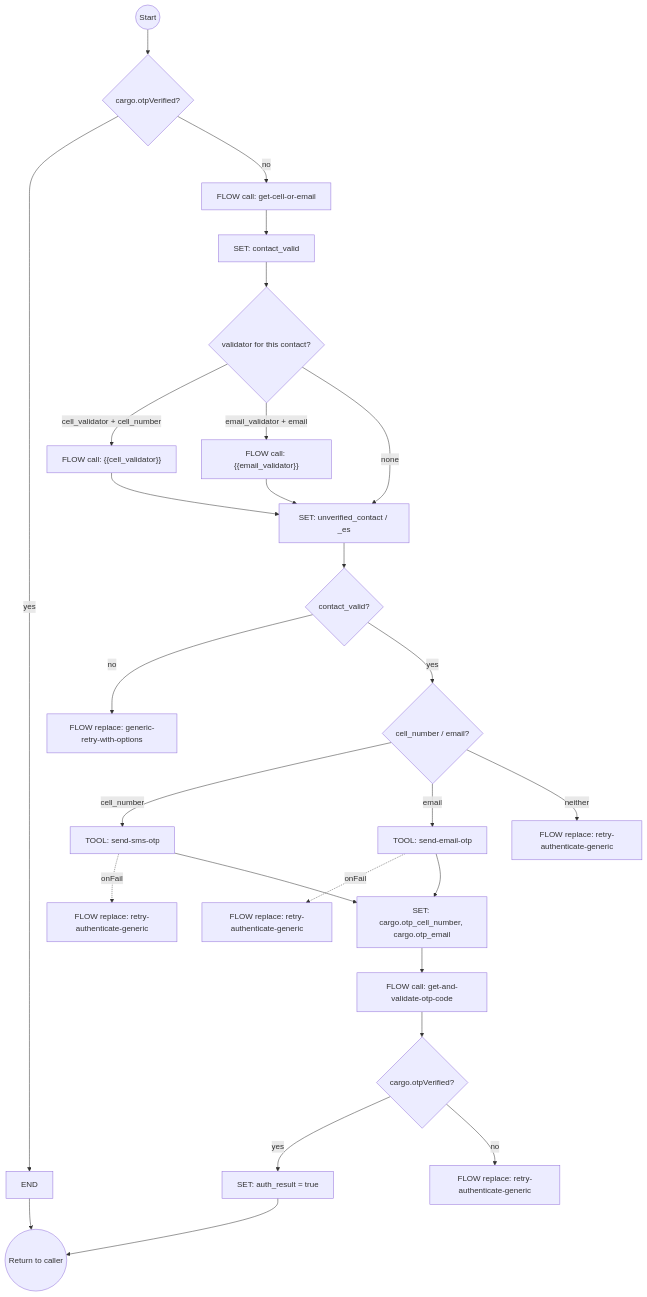
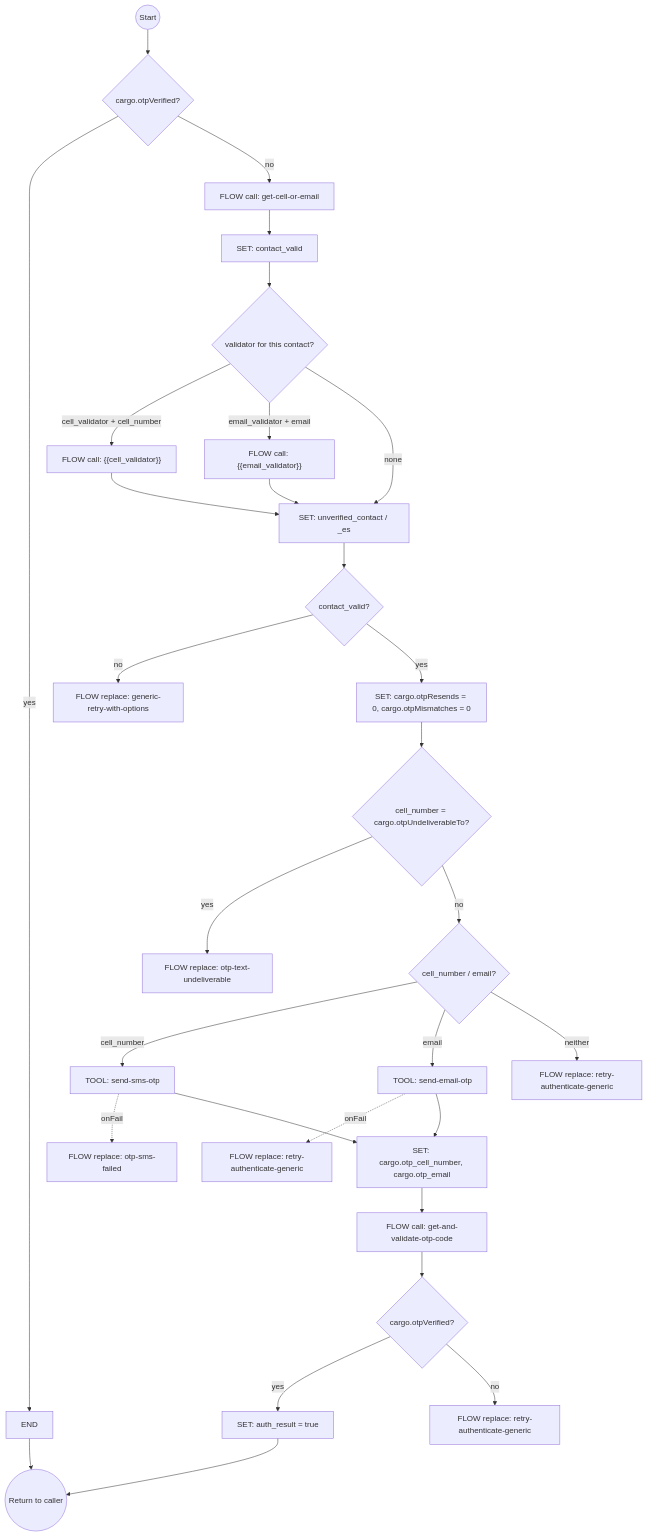
The fifth of 14 diagrams in docs/system-flows.md (ronpinkas/jsfe), drawn with Mermaid before and after one commit. The commit also changed other lines of this file and 1 other file, not shown here.

Commit message:
docs: system and Shopify flow pages match the bundled flows (live-agent-requested 1.6.0, authenticate-user 1.2.0, otp-sms-failed, otp-text-undeliverable, contact-support 1.2.0, OTP code flows, shopify-product-search 1.1.1)

````diff
--- a/docs/system-flows.md
+++ b/docs/system-flows.md
@@ -196,29 +236,32 @@
 ```mermaid
 graph TD
     start((Start)) --> check_already_verified{cargo.otpVerified?}
     check_already_verified -->|yes| already_verified[END]
     check_already_verified -->|no| get_contact_info[FLOW call: get-cell-or-email]
     get_contact_info --> init_contact_valid[SET: contact_valid]
     init_contact_valid --> validate_contact{validator for this contact?}
     validate_contact -->|cell_validator + cell_number| run_cell_validator["FLOW call: {{cell_validator}}"]
     validate_contact -->|email_validator + email| run_email_validator["FLOW call: {{email_validator}}"]
     validate_contact -->|none| describe[SET: unverified_contact / _es]
     run_cell_validator --> describe
     run_email_validator --> describe
     describe --> gate{contact_valid?}
     gate -->|no| contact_not_verified[FLOW replace: generic-retry-with-options]
-    gate -->|yes| send_otp{cell_number / email?}
+    gate -->|yes| reset_counts[SET: cargo.otpResends = 0, cargo.otpMismatches = 0]
+    reset_counts --> skip_line{cell_number = cargo.otpUndeliverableTo?}
+    skip_line -->|yes| cell_cannot_text[FLOW replace: otp-text-undeliverable]
+    skip_line -->|no| send_otp{cell_number / email?}
     send_otp -->|cell_number| send_sms_otp[TOOL: send-sms-otp]
     send_otp -->|email| send_email_otp[TOOL: send-email-otp]
     send_otp -->|neither| no_contact_error[FLOW replace: retry-authenticate-generic]
-    send_sms_otp -.->|onFail| sms_failed[FLOW replace: retry-authenticate-generic]
+    send_sms_otp -.->|onFail| sms_failed[FLOW replace: otp-sms-failed]
     send_email_otp -.->|onFail| email_failed[FLOW replace: retry-authenticate-generic]
     send_sms_otp --> set_cargo[SET: cargo.otp_cell_number, cargo.otp_email]
     send_email_otp --> set_cargo
     set_cargo --> get_and_validate[FLOW call: get-and-validate-otp-code]
     get_and_validate --> check_result{cargo.otpVerified?}
     check_result -->|yes| auth_success[SET: auth_result = true]
     check_result -->|no| auth_failed[FLOW replace: retry-authenticate-generic]
     auth_success --> stop((Return to caller))
     already_verified --> stop
 ```
````
